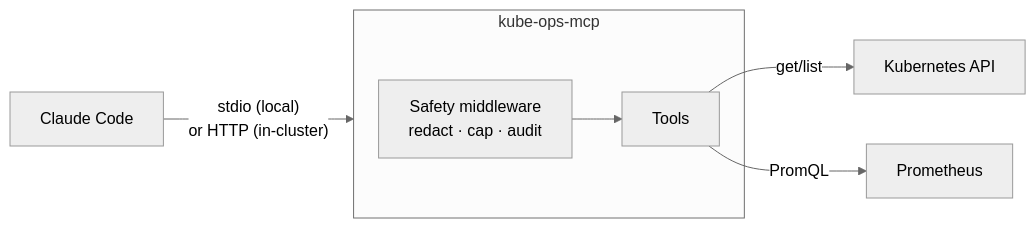
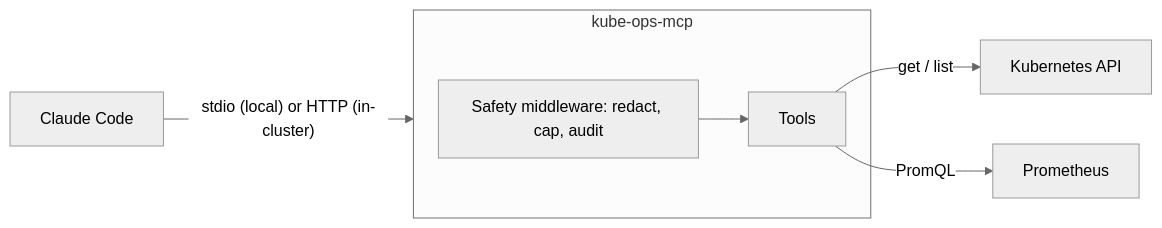
The diagram in README.md (yuvalgraiber/kube-ops-mcp), drawn with Mermaid (neutral theme) before and after one commit. The commit also changed other lines of this file and 2 other files, not shown here.

First line of the commit message:
docs: rewrite README around the demo, design decisions and safety model

````diff
--- a/README.md
+++ b/README.md
@@ -20,9 +43,9 @@
 ```mermaid
 flowchart LR
-    A[Claude Code] -- "stdio (local)<br/>or HTTP (in-cluster)" --> S
+    A[Claude Code] -- "stdio (local) or HTTP (in-cluster)" --> S
     subgraph S[kube-ops-mcp]
-        M[Safety middleware<br/>redact · cap · audit] --> T[Tools]
+        M[Safety middleware: redact, cap, audit] --> T[Tools]
     end
-    T -- get/list --> K[Kubernetes API]
+    T -- get / list --> K[Kubernetes API]
     T -- PromQL --> P[Prometheus]
 ```
````
